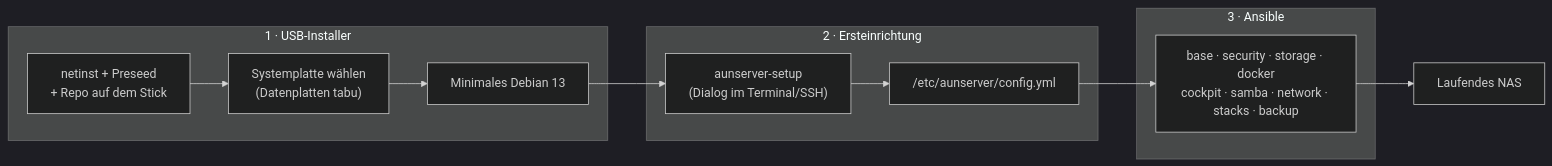
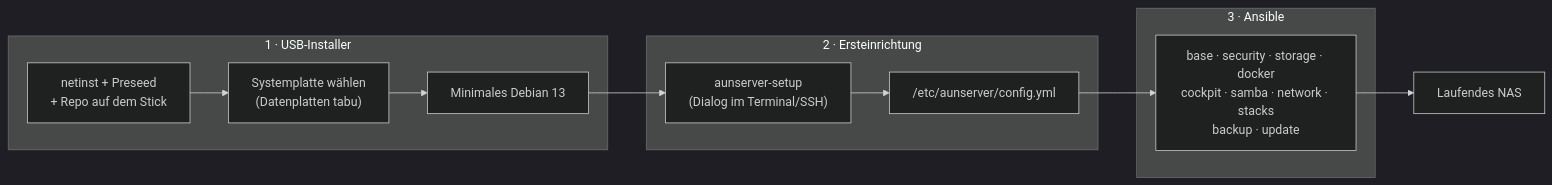
The diagram in docs/PLAN.md (D-A-W-N/homeserver), drawn with Mermaid (dark theme) before and after one commit. The commit also changed other lines of this file and 3 other files, not shown here.

````diff
--- a/docs/PLAN.md
+++ b/docs/PLAN.md
@@ -59,15 +59,15 @@
 ```mermaid
 flowchart LR
   subgraph A["1 · USB-Installer"]
     ISO["netinst + Preseed<br/>+ Repo auf dem Stick"] --> DSK["Systemplatte wählen<br/>(Datenplatten tabu)"]
     DSK --> MIN["Minimales Debian 13"]
   end
   subgraph B["2 · Ersteinrichtung"]
     MIN --> SET["aunserver-setup<br/>(Dialog im Terminal/SSH)"]
     SET --> CFG["/etc/aunserver/config.yml"]
   end
   subgraph C["3 · Ansible"]
-    CFG --> R["base · security · storage · docker<br/>cockpit · samba · network · stacks · backup"]
+    CFG --> R["base · security · storage · docker<br/>cockpit · samba · network · stacks<br/>backup · update"]
   end
   R --> RUN["Laufendes NAS"]
 ```
````
